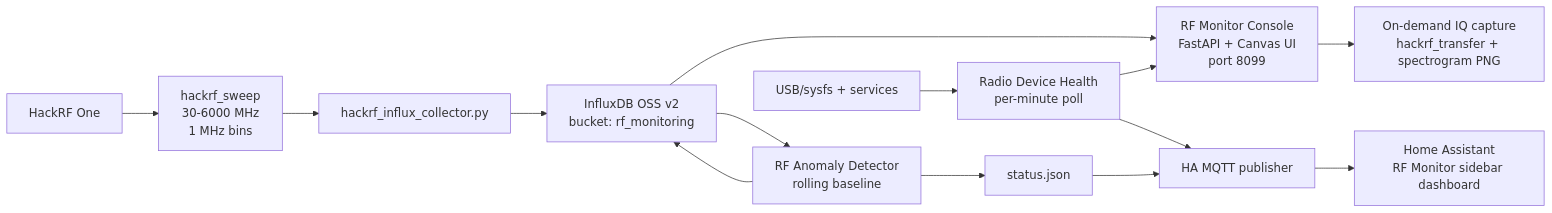
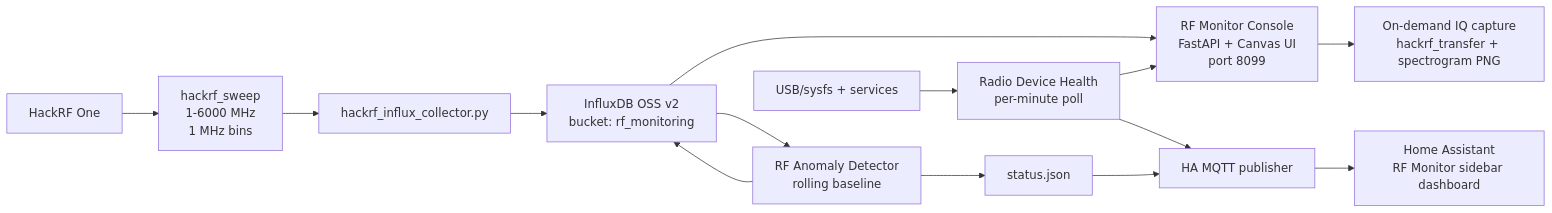
The first of 2 diagrams in README.md (cmilkosky/linuxgr-rf-monitor), drawn with Mermaid before and after one commit. The commit also changed 2 other files, not shown here.

Commit message:
WIP handoff snapshot: linux4 Codex/opencode work synced to GitHub by Hermes (3 files, 2026-10-06)

````diff
--- a/README.md
+++ b/README.md
@@ -18,16 +18,16 @@
 ```mermaid
 flowchart LR
-    HackRF["HackRF One"] --> Sweep["hackrf_sweep<br/>30-6000 MHz<br/>1 MHz bins"]
+    HackRF["HackRF One"] --> Sweep["hackrf_sweep<br/>1-6000 MHz<br/>1 MHz bins"]
     Sweep --> Collector["hackrf_influx_collector.py"]
     Collector --> Influx["InfluxDB OSS v2<br/>bucket: rf_monitoring"]
     Influx --> Console["RF Monitor Console<br/>FastAPI + Canvas UI<br/>port 8099"]
     Console --> Capture["On-demand IQ capture<br/>hackrf_transfer + spectrogram PNG"]
     Influx --> Detector["RF Anomaly Detector<br/>rolling baseline"]
     Detector --> Influx
     Detector --> Status["status.json"]
     Status --> HAPub["HA MQTT publisher"]
     USB["USB/sysfs + services"] --> RadioHealth["Radio Device Health<br/>per-minute poll"]
     RadioHealth --> Console
     RadioHealth --> HAPub
     HAPub --> HA["Home Assistant<br/>RF Monitor sidebar dashboard"]
 ```
````
